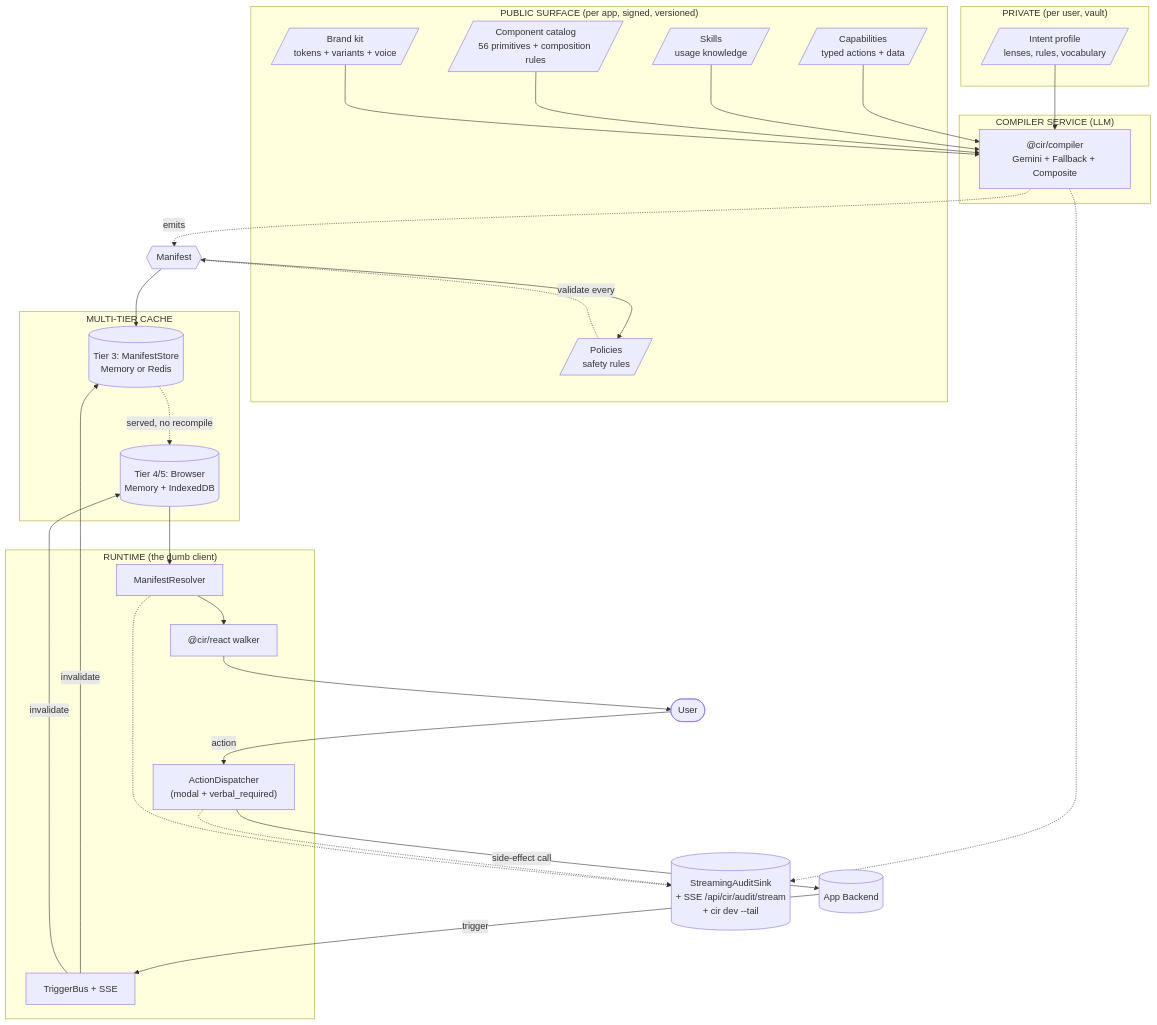
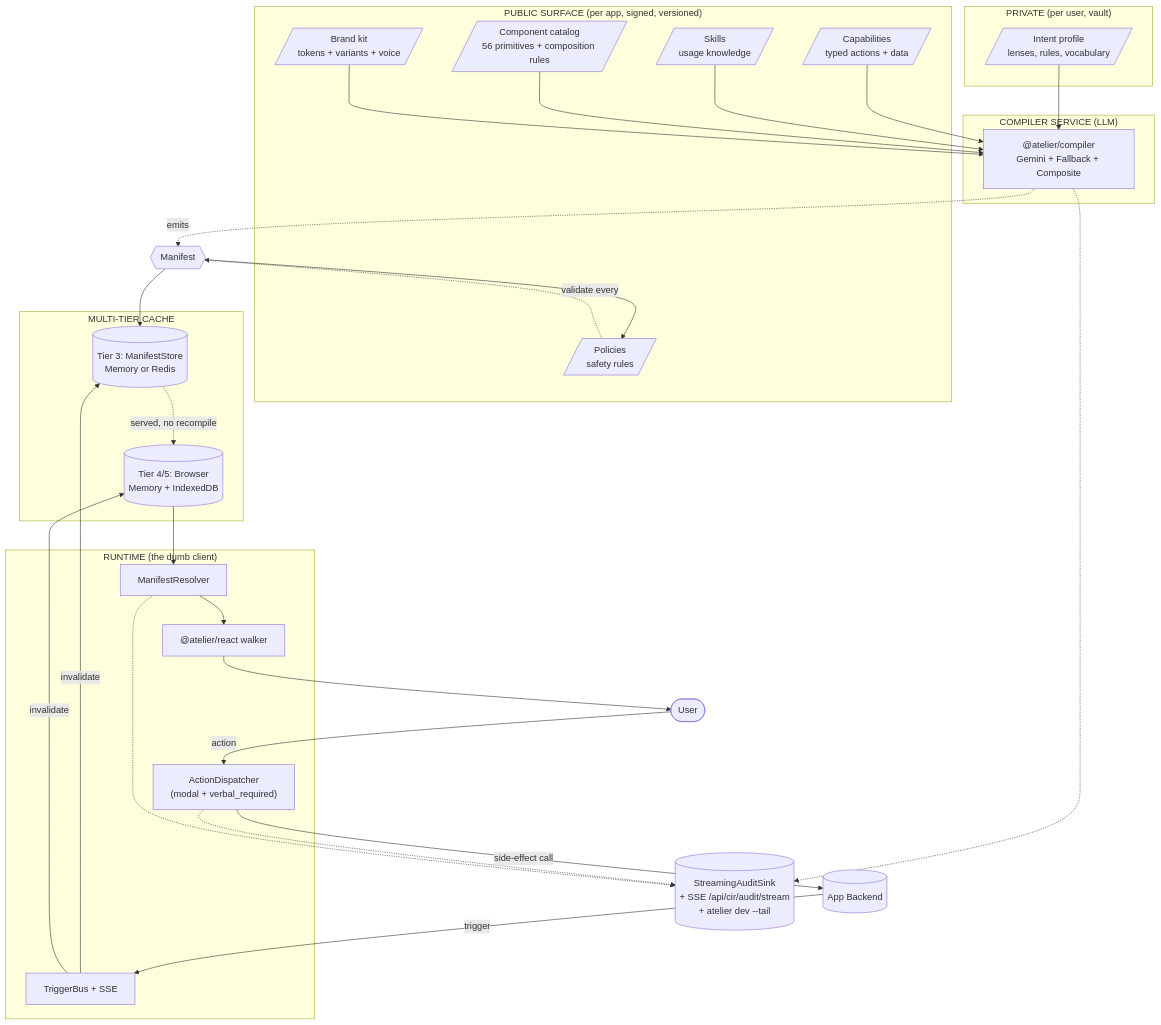
Before and after one commit to fragmatic-io/atelier: the first of 3 diagrams in README.md, drawn with Mermaid. The commit also changed other lines of this file and 659 other files, not shown here.

````diff
--- a/README.md
+++ b/README.md
@@ -74,55 +74,55 @@
 ```mermaid
 graph TB
   subgraph Public["PUBLIC SURFACE (per app, signed, versioned)"]
     Caps[/"Capabilities<br/>typed actions + data"/]
     Skills[/"Skills<br/>usage knowledge"/]
     Components[/"Component catalog<br/>56 primitives + composition rules"/]
     Policies[/"Policies<br/>safety rules"/]
     Brand[/"Brand kit<br/>tokens + variants + voice"/]
   end
 
   subgraph Private["PRIVATE (per user, vault)"]
     Intent[/"Intent profile<br/>lenses, rules, vocabulary"/]
   end
 
   subgraph Compile["COMPILER SERVICE (LLM)"]
-    Compiler["@cir/compiler<br/>Gemini + Fallback + Composite"]
+    Compiler["@atelier/compiler<br/>Gemini + Fallback + Composite"]
   end
 
   subgraph Cache["MULTI-TIER CACHE"]
     T3[("Tier 3: ManifestStore<br/>Memory or Redis")]
     T4[("Tier 4/5: Browser<br/>Memory + IndexedDB")]
   end
 
   subgraph Runtime["RUNTIME (the dumb client)"]
     Resolver["ManifestResolver"]
     Dispatcher["ActionDispatcher<br/>(modal + verbal_required)"]
     Bus["TriggerBus + SSE"]
-    Renderer["@cir/react walker"]
+    Renderer["@atelier/react walker"]
   end
 
   Caps --> Compiler
   Skills --> Compiler
   Components --> Compiler
   Brand --> Compiler
   Intent --> Compiler
 
   Compiler -.->|emits| Manifest{{Manifest}}
   Manifest --> Policies
   Policies -.->|validate every| Manifest
   Manifest --> T3
   T3 -.->|served, no recompile| T4
   T4 --> Resolver
   Resolver --> Renderer
   Renderer --> User([User])
   User -->|action| Dispatcher
   Dispatcher -->|side-effect call| Backend[(App Backend)]
   Backend -->|trigger| Bus
   Bus -->|invalidate| T3
   Bus -->|invalidate| T4
 
-  Audit[("StreamingAuditSink<br/>+ SSE /api/cir/audit/stream<br/>+ cir dev --tail")]
+  Audit[("StreamingAuditSink<br/>+ SSE /api/cir/audit/stream<br/>+ atelier dev --tail")]
   Compiler -.-> Audit
   Dispatcher -.-> Audit
   Resolver -.-> Audit
 ```
````
